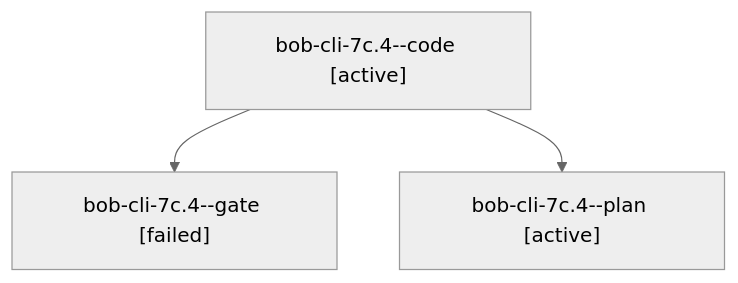
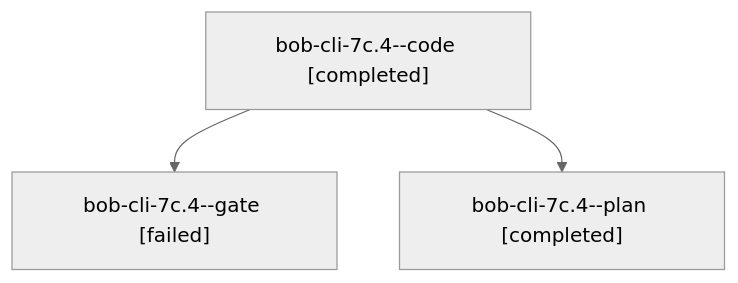
The diagram in sessions/bbugyi200.apollo.bob-cli-7c.4.md (bobs-org/bob-cli--agents), drawn with Mermaid (neutral theme) before and after one commit. The commit also changed other lines of this file and 30 other files, not shown here.

````diff
--- a/sessions/bbugyi200.apollo.bob-cli-7c.4.md
+++ b/sessions/bbugyi200.apollo.bob-cli-7c.4.md
@@ -9,8 +9,8 @@
 ```mermaid
 flowchart TD
-  n0["bob-cli-7c.4--code [active]"]
+  n0["bob-cli-7c.4--code [completed]"]
   n1["bob-cli-7c.4--gate [failed]"]
   n0 --> n1
-  n2["bob-cli-7c.4--plan [active]"]
+  n2["bob-cli-7c.4--plan [completed]"]
   n0 --> n2
 ```
````
